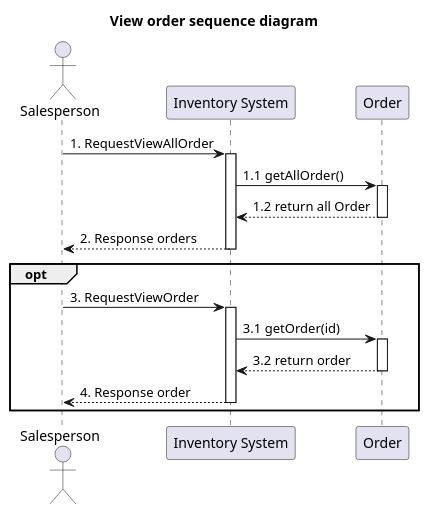
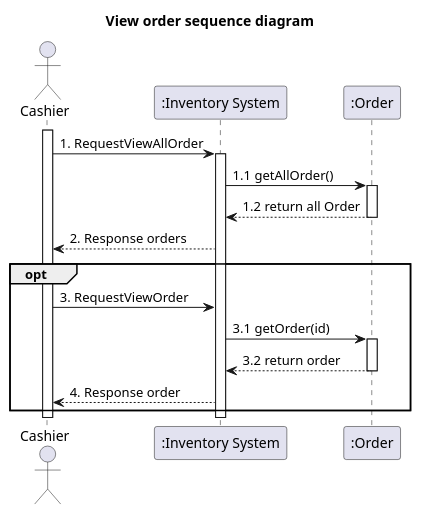
One commit to billowdev/inventory-system-plantuml-sequelize-seeder-example changed the diagram in system-analysis/sequence/_4_1_sequence-view-order.puml. Above: the diagram before and after it, drawn with PlantUML. The commit also changed 22 other files, not shown here.

Commit message:
update sequence diagram and add overview sequence

```diff
--- a/system-analysis/sequence/_4_1_sequence-view-order.puml
+++ b/system-analysis/sequence/_4_1_sequence-view-order.puml
@@ -1,45 +1,47 @@
 @startuml
 'example
 title View order sequence diagram
 
-actor Salesperson as actorSalesperson
-participant "Inventory System" as InventorySystem
-participant "Order" as classOrder
+actor Cashier as actorCashier
+participant ":Inventory System" as InventorySystem
+participant ":Order" as classOrder
 
-actorSalesperson -> InventorySystem: 1. RequestViewAllOrder
+activate actorCashier
+
+actorCashier -> InventorySystem: 1. RequestViewAllOrder
 activate InventorySystem
 
 InventorySystem -> classOrder: 1.1 getAllOrder()
 activate classOrder
 
 classOrder --> InventorySystem: 1.2 return all Order
 deactivate classOrder
 
 
-InventorySystem --> actorSalesperson : 2. Response orders
-deactivate InventorySystem
+InventorySystem --> actorCashier : 2. Response orders
+
 
 
 opt
-actorSalesperson -> InventorySystem: 3. RequestViewOrder
-activate InventorySystem
+actorCashier -> InventorySystem: 3. RequestViewOrder
+
 
 InventorySystem -> classOrder: 3.1 getOrder(id)
 activate classOrder
 
 classOrder --> InventorySystem: 3.2 return order
 deactivate classOrder
 
 
 '-------------- END view product ---------------
 
-InventorySystem --> actorSalesperson : 4. Response order
+InventorySystem --> actorCashier : 4. Response order
 
+end
 deactivate InventorySystem
-end
 
-
+deactivate actorCashier
 
 
 
 @enduml
```
